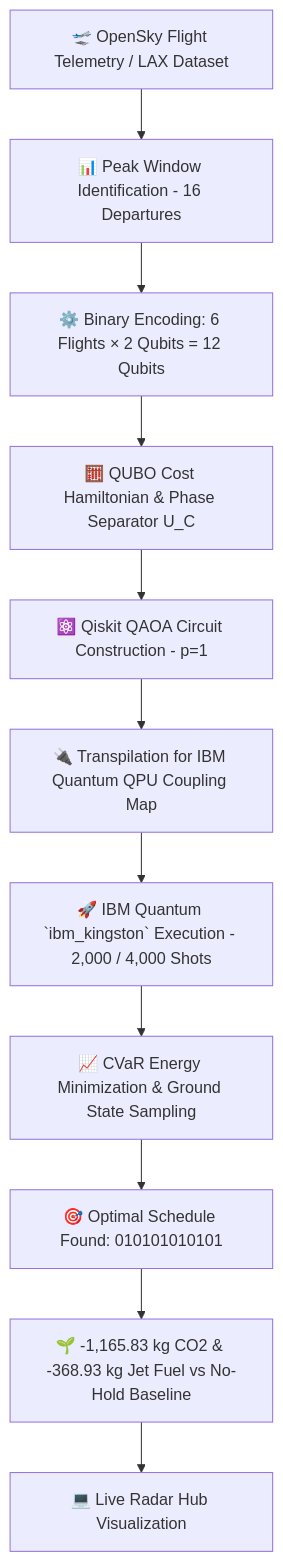
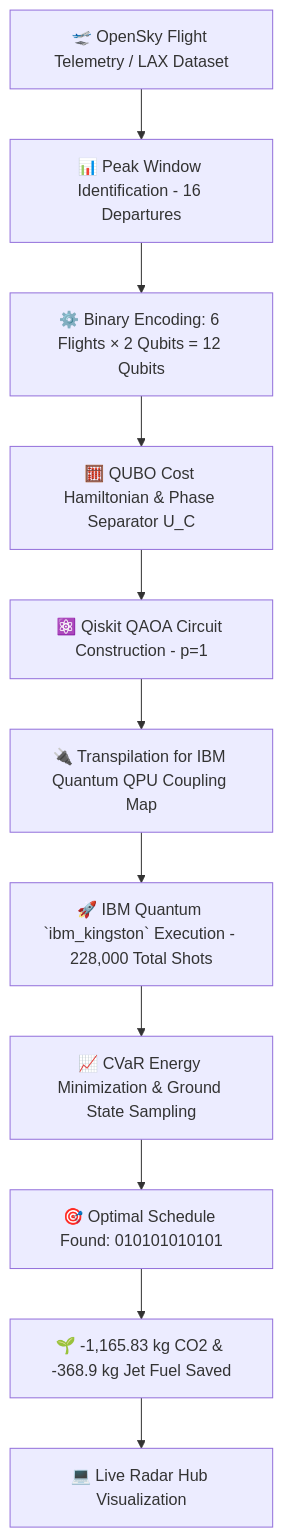
One commit to SathwikAlapati1205/qiskit-avaition-optimisation changed the diagram in README.md. Above: the diagram before and after it, drawn with Mermaid. The commit also changed other lines of this file and 1 other file, not shown here.

````diff
--- a/README.md
+++ b/README.md
@@ -50,13 +51,13 @@
 ```mermaid
 flowchart TD
     A[🛫 OpenSky Flight Telemetry / LAX Dataset] --> B[📊 Peak Window Identification - 16 Departures]
     B --> C[⚙️ Binary Encoding: 6 Flights × 2 Qubits = 12 Qubits]
     C --> D[🧮 QUBO Cost Hamiltonian & Phase Separator U_C]
     D --> E[⚛️ Qiskit QAOA Circuit Construction - p=1]
     E --> F[🔌 Transpilation for IBM Quantum QPU Coupling Map]
-    F --> G[🚀 IBM Quantum `ibm_kingston` Execution - 2,000 / 4,000 Shots]
+    F --> G[🚀 IBM Quantum `ibm_kingston` Execution - 228,000 Total Shots]
     G --> H[📈 CVaR Energy Minimization & Ground State Sampling]
     H --> I[🎯 Optimal Schedule Found: 010101010101]
-    I --> J[🌱 -1,165.83 kg CO2 & -368.93 kg Jet Fuel vs No-Hold Baseline]
+    I --> J[🌱 -1,165.83 kg CO2 & -368.9 kg Jet Fuel Saved]
     J --> K[💻 Live Radar Hub Visualization]
 ```
````
